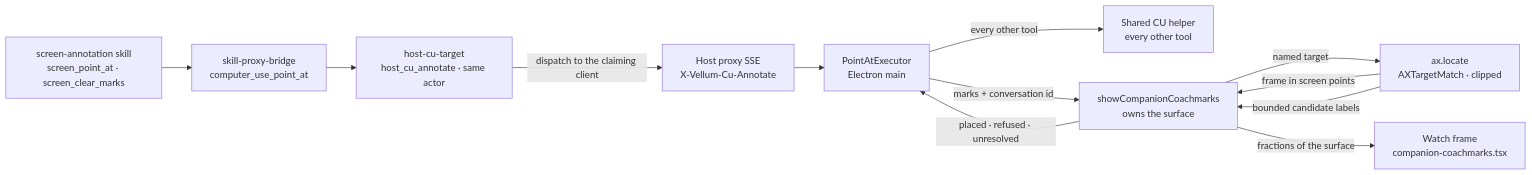
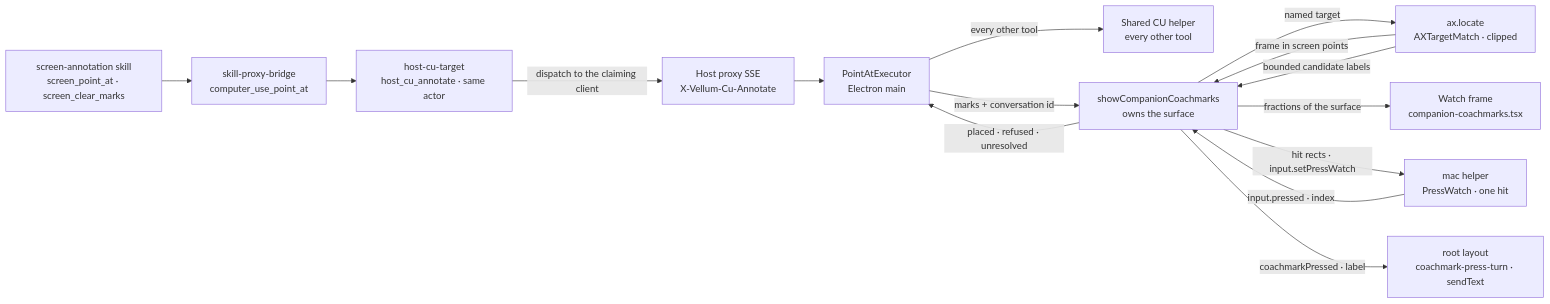
One commit to vellum-ai/vellum-assistant changed the fourth of 5 diagrams in ARCHITECTURE.md. Above: the diagram before and after it, drawn with Mermaid. The commit also changed other lines of this file and 19 other files, not shown here.

````diff
--- a/ARCHITECTURE.md
+++ b/ARCHITECTURE.md
@@ -820,24 +822,27 @@
 ```mermaid
 graph LR
     SKILL["screen-annotation skill<br/>screen_point_at · screen_clear_marks"]
     BRIDGE["skill-proxy-bridge<br/>computer_use_point_at"]
     ROUTE["host-cu-target<br/>host_cu_annotate · same actor"]
     SSE["Host proxy SSE<br/>X-Vellum-Cu-Annotate"]
     EXEC["PointAtExecutor<br/>Electron main"]
     HELPER["Shared CU helper<br/>every other tool"]
     PAINT["showCompanionCoachmarks<br/>owns the surface"]
     LOCATE["ax.locate<br/>AXTargetMatch · clipped"]
     FRAME["Watch frame<br/>companion-coachmarks.tsx"]
 
     SKILL --> BRIDGE
     BRIDGE --> ROUTE
     ROUTE -->|"dispatch to the claiming client"| SSE
     SSE --> EXEC
     EXEC -->|"every other tool"| HELPER
     EXEC -->|"marks + conversation id"| PAINT
     PAINT -->|"named target"| LOCATE
     LOCATE -->|"frame in screen points"| PAINT
     LOCATE -->|"bounded candidate labels"| PAINT
     PAINT -->|"fractions of the surface"| FRAME
     PAINT -->|"placed · refused · unresolved"| EXEC
+    PAINT -->|"hit rects · input.setPressWatch"| PRESS["mac helper<br/>PressWatch · one hit"]
+    PRESS -->|"input.pressed · index"| PAINT
+    PAINT -->|"coachmarkPressed · label"| TURN["root layout<br/>coachmark-press-turn · sendText"]
 ```
````
